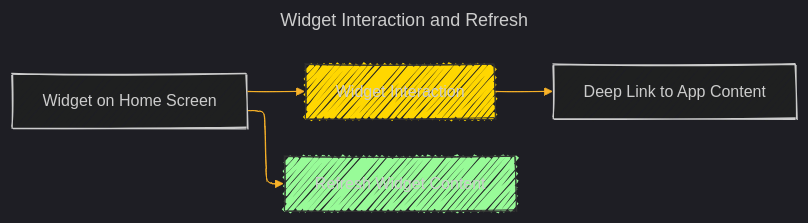
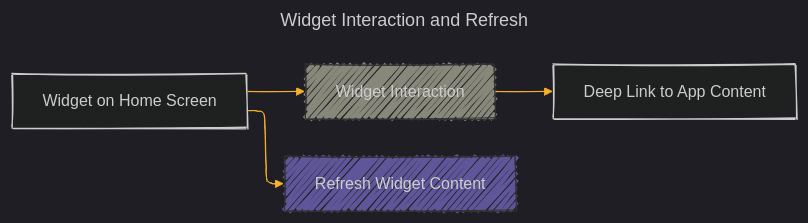
The ninth of 9 diagrams in WIDGETS/iOS_Widget_Design_Workflow.md (CongLeSolutionX/iOS-development-vault), drawn with Mermaid before and after one commit.

Commit message:
update notes

````diff
--- a/WIDGETS/iOS_Widget_Design_Workflow.md
+++ b/WIDGETS/iOS_Widget_Design_Workflow.md
@@ -593,39 +593,39 @@
 ```mermaid
 ---
 title: "Widget Interaction and Refresh"
 author: "Cong Le"
 version: "1.1"
 license(s): "MIT, CC BY 4.0"
 copyright: "Copyright (c) 2025 Cong Le. All Rights Reserved."
 config:
   layout: elk
   look: handDrawn
   theme: dark
 ---
 %%%%%%%% Mermaid version v11.4.1-b.14
 %%%%%%%% Toggle theme value to `base` to activate the initilization below for the customized theme version.
 %%%%%%%% Available curve styles include the following keywords:
 %% basis, bumpX, bumpY, cardinal, catmullRom, linear, monotoneX, monotoneY, natural, step, stepAfter, stepBefore.
 %%{
   init: {
     "graph": { "htmlLabels": false, 'curve': 'linear' },
     'fontFamily': 'Fantasy',
     'themeVariables': {
       'primaryColor': '#ffff',
       'primaryTextColor': '#55ff',
       'primaryBorderColor': '#7c2',
       'lineColor': '#F8B229',
       'secondaryColor': '#006100',
       'tertiaryColor': '#fff'
     }
   }
 }%%
 graph LR
     J["Widget on Home Screen"] --> N["Widget Interaction"]
     N --> O["Deep Link to App Content"]
-    style N fill:#FFD700,stroke:#333,stroke-width:1px;
+    style N fill:#FFD7,stroke:#333,stroke-width:1px;
 
     J --> P["Refresh Widget Content"]
-    style P fill:#98FB98,stroke:#333,stroke-width:1px;
+    style P fill:#98F8,stroke:#333,stroke-width:1px;
 
 ```
````
